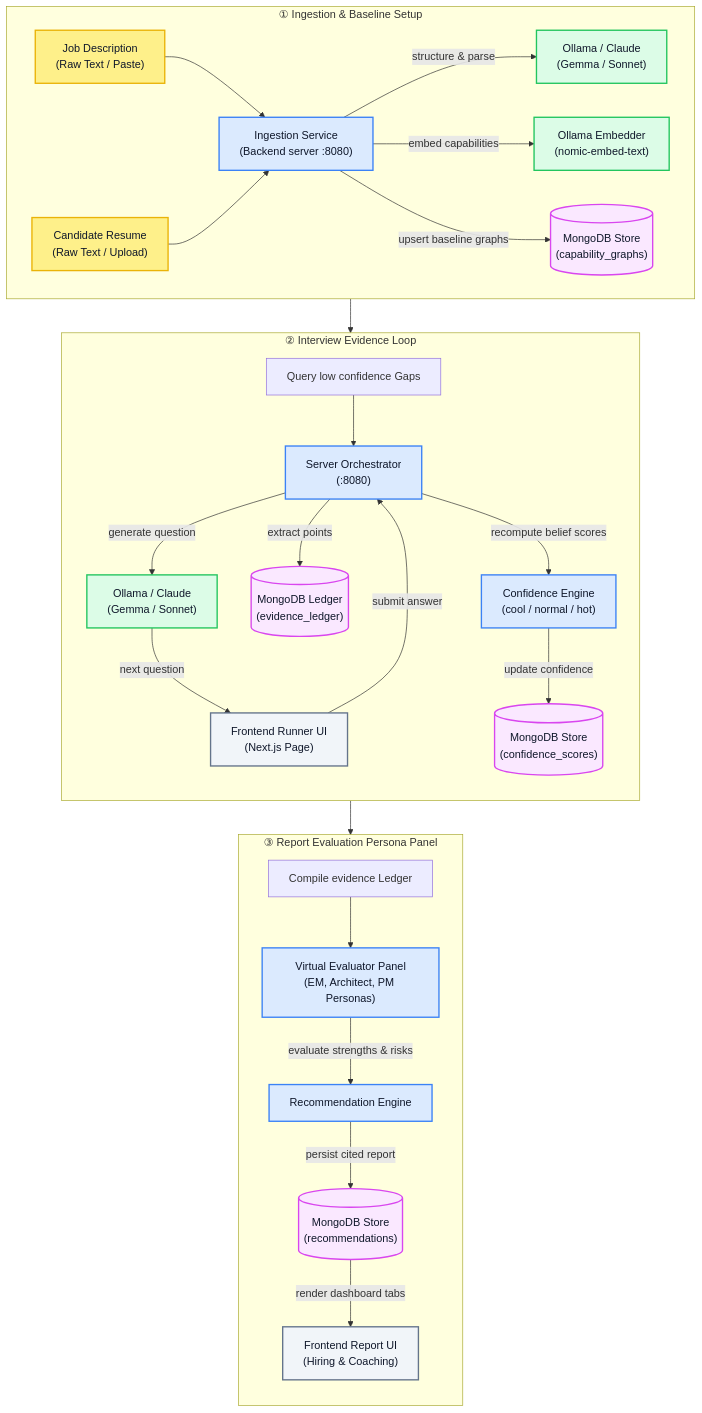
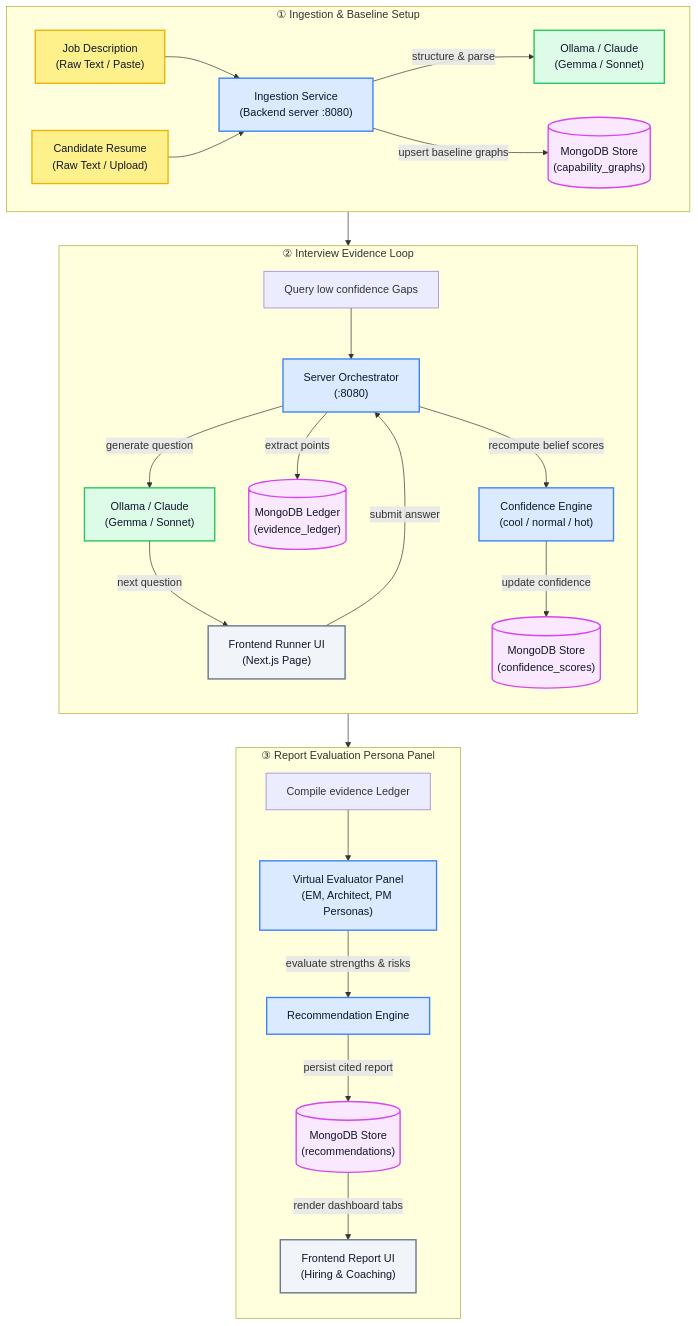
Before and after one commit to dharmendrra/rejected.ai: the diagram in README.md, drawn with Mermaid. The commit also changed other lines of this file, not shown here.

````diff
--- a/README.md
+++ b/README.md
@@ -13,50 +13,49 @@
 ```mermaid
 flowchart TD
     %% Subgraph 1: Ingestion Pipeline
     subgraph Phase1["① Ingestion & Baseline Setup"]
         direction LR
         JD["Job Description<br>(Raw Text / Paste)"] --> IngestService["Ingestion Service<br>(Backend server :8080)"]
         CV["Candidate Resume<br>(Raw Text / Upload)"] --> IngestService
         IngestService -->|structure & parse| LLMGen["Ollama / Claude<br>(Gemma / Sonnet)"]
-        IngestService -->|embed capabilities| OllamaEmbed["Ollama Embedder<br>(nomic-embed-text)"]
         IngestService -->|upsert baseline graphs| DBGraphs[("MongoDB Store<br>(capability_graphs)")]
     end
 
     %% Subgraph 2: Interview Evidence Loop
     subgraph Phase2["② Interview Evidence Loop"]
         direction TB
         GraphsQuery["Query low confidence Gaps"] --> ServerOrch["Server Orchestrator<br>(:8080)"]
         ServerOrch -->|generate question| LLMGenLoop["Ollama / Claude<br>(Gemma / Sonnet)"]
         LLMGenLoop -->|next question| RunnerUI["Frontend Runner UI<br>(Next.js Page)"]
         RunnerUI -->|submit answer| ServerOrch
         ServerOrch -->|extract points| EvidenceLEDG[("MongoDB Ledger<br>(evidence_ledger)")]
         ServerOrch -->|recompute belief scores| ConfModel["Confidence Engine<br>(cool / normal / hot)"]
         ConfModel -->|update confidence| DBConfidence[("MongoDB Store<br>(confidence_scores)")]
     end
 
     %% Subgraph 3: Final Report Evaluation
     subgraph Phase3["③ Report Evaluation Persona Panel"]
         direction TB
         LedgerExtract["Compile evidence Ledger"] --> EvaluatorPanel["Virtual Evaluator Panel<br>(EM, Architect, PM Personas)"]
         EvaluatorPanel -->|evaluate strengths & risks| RecEngine["Recommendation Engine"]
         RecEngine -->|persist cited report| DBRec[("MongoDB Store<br>(recommendations)")]
         DBRec -->|render dashboard tabs| ReportUI["Frontend Report UI<br>(Hiring & Coaching)"]
     end
 
     %% Sequential Phase Connectors (Ensures perfect alignment of the subgraphs)
     Phase1 --> Phase2
     Phase2 --> Phase3
 
     %% Styling
     classDef primary fill:#fef08a,stroke:#eab308,color:#0f172a,stroke-width:2px;
     classDef secondary fill:#dbeafe,stroke:#3b82f6,color:#0f172a,stroke-width:2px;
     classDef database fill:#fae8ff,stroke:#d946ef,color:#0f172a,stroke-width:2px;
     classDef llm fill:#dcfce7,stroke:#22c55e,color:#0f172a,stroke-width:2px;
     classDef ui fill:#f1f5f9,stroke:#64748b,color:#0f172a,stroke-width:2px;
 
     class JD,CV primary;
     class IngestService,ServerOrch,ConfModel,EvaluatorPanel,RecEngine secondary;
     class DBGraphs,EvidenceLEDG,DBConfidence,DBRec database;
-    class LLMGen,OllamaEmbed,LLMGenLoop llm;
+    class LLMGen,LLMGenLoop llm;
     class RunnerUI,ReportUI ui;
 ```
````
